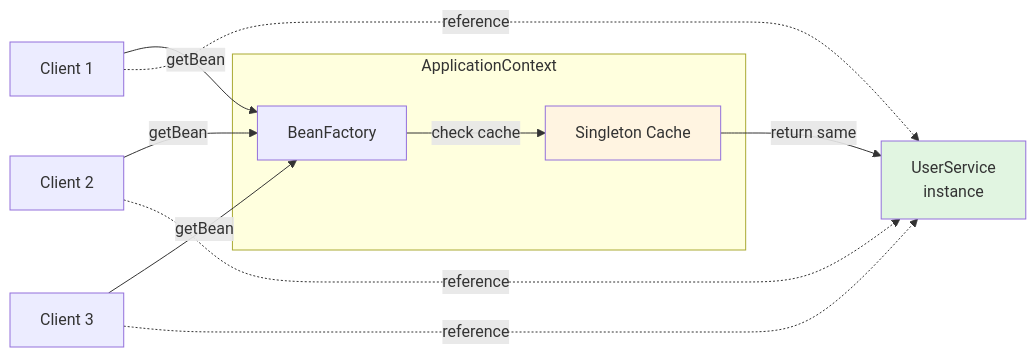
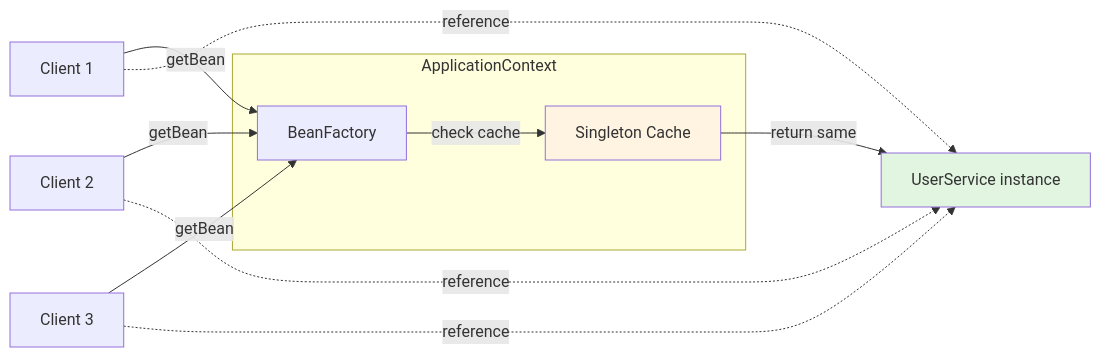
Before and after one commit to Brebu/Quizz: the fifth of 55 diagrams in chapters/cap13-design-patterns-diag.md, drawn with Mermaid. The commit also changed other lines of this file and 1 other file, not shown here.

````diff
--- a/chapters/cap13-design-patterns-diag.md
+++ b/chapters/cap13-design-patterns-diag.md
@@ -136,21 +136,21 @@
 ```mermaid
 graph LR
-    subgraph "ApplicationContext"
+    subgraph ApplicationContext
         BF[BeanFactory]
         SC[Singleton Cache]
     end
     
     Client1[Client 1] -->|getBean| BF
     Client2[Client 2] -->|getBean| BF
     Client3[Client 3] -->|getBean| BF
     
     BF -->|check cache| SC
-    SC -->|return same| Bean[UserService<br/>instance]
+    SC -->|return same| Bean[UserService instance]
     
     Client1 -.->|reference| Bean
     Client2 -.->|reference| Bean
     Client3 -.->|reference| Bean
     
     style Bean fill:#e1f5e1
     style SC fill:#fff4e1
 ```
````
